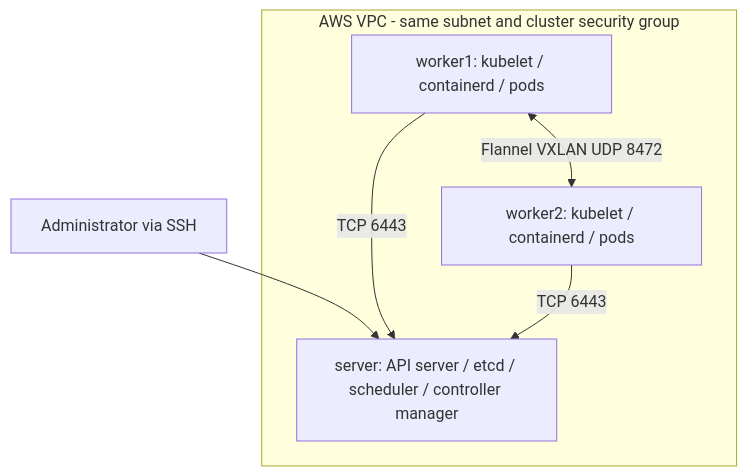
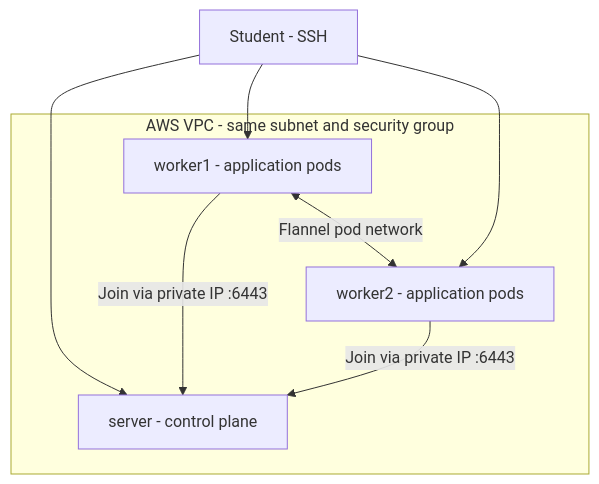
Before and after one commit to atulkamble/ec2-kubeadm: the first of 4 diagrams in docs/architecture.md, drawn with Mermaid. The commit also changed other lines of this file, not shown here.

Commit message:
docs: simplify architecture with visual cluster and application flows

````diff
--- a/docs/architecture.md
+++ b/docs/architecture.md
@@ -3,12 +5,14 @@
 ```mermaid
 flowchart TD
-  A[Administrator via SSH] --> S
-  subgraph VPC[AWS VPC - same subnet and cluster security group]
-    S[server: API server / etcd / scheduler / controller manager]
-    W1[worker1: kubelet / containerd / pods]
-    W2[worker2: kubelet / containerd / pods]
-    W1 -->|TCP 6443| S
-    W2 -->|TCP 6443| S
-    W1 <-->|Flannel VXLAN UDP 8472| W2
-  end
+ U[Student - SSH] --> S
+ U --> W1
+ U --> W2
+ subgraph AWS[AWS VPC - same subnet and security group]
+ S[server - control plane]
+ W1[worker1 - application pods]
+ W2[worker2 - application pods]
+ W1 -->|Join via private IP :6443| S
+ W2 -->|Join via private IP :6443| S
+ W1 <-->|Flannel pod network| W2
+ end
 ```
````
